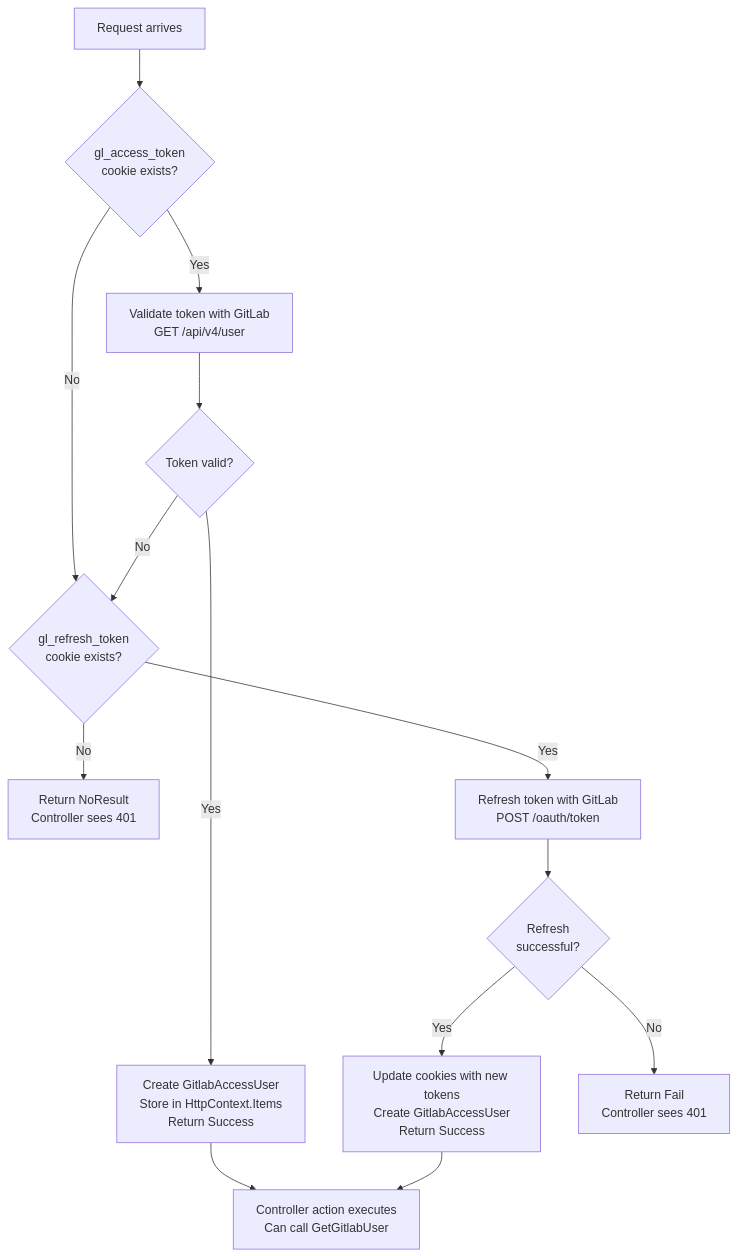
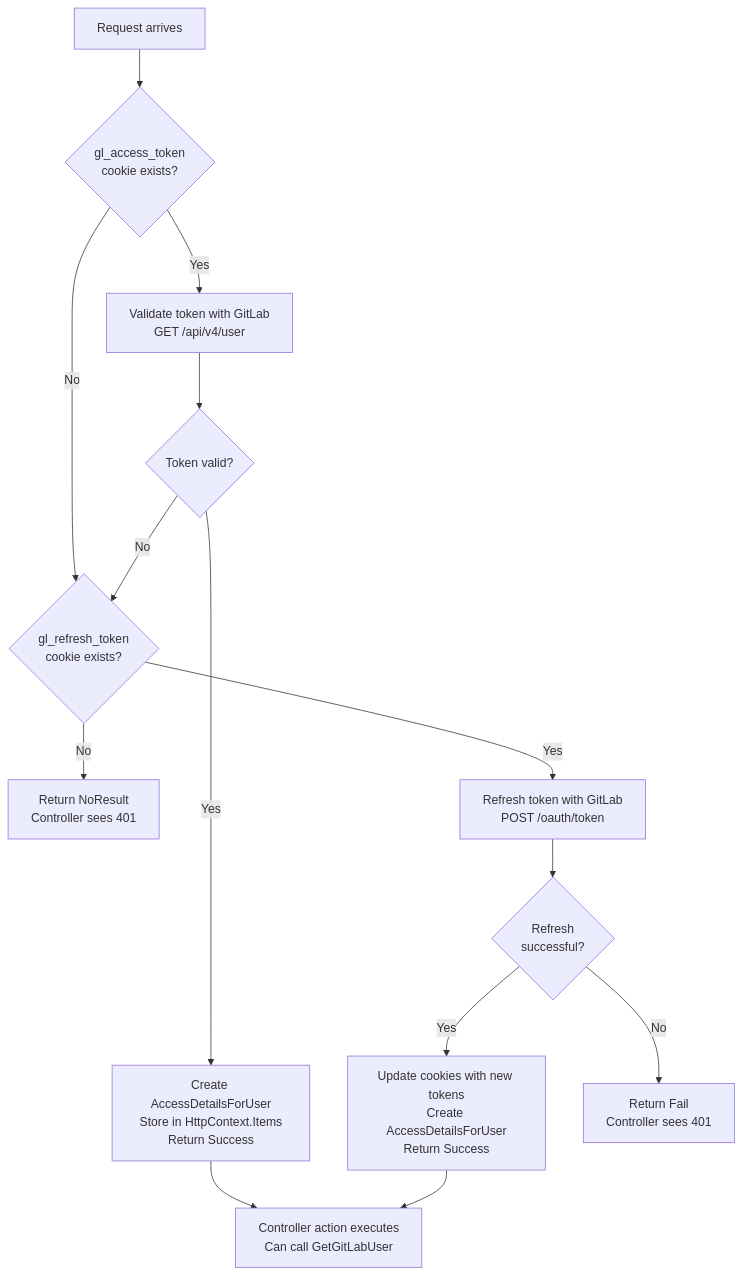
One commit to Falconne/ci-lab changed the second of 2 diagrams in docs/Authentication.md. Above: the diagram before and after it, drawn with Mermaid. The commit also changed other lines of this file and 10 other files, not shown here.

````diff
--- a/docs/Authentication.md
+++ b/docs/Authentication.md
@@ -127,16 +127,16 @@
 ```mermaid
 flowchart TD
     A[Request arrives] --> B{gl_access_token<br/>cookie exists?}
     B -->|No| C{gl_refresh_token<br/>cookie exists?}
     B -->|Yes| D[Validate token with GitLab<br/>GET /api/v4/user]
     D --> E{Token valid?}
-    E -->|Yes| F[Create GitlabAccessUser<br/>Store in HttpContext.Items<br/>Return Success]
+    E -->|Yes| F[Create AccessDetailsForUser<br/>Store in HttpContext.Items<br/>Return Success]
     E -->|No| C
     C -->|No| G[Return NoResult<br/>Controller sees 401]
     C -->|Yes| H[Refresh token with GitLab<br/>POST /oauth/token]
     H --> I{Refresh<br/>successful?}
-    I -->|Yes| J[Update cookies with new tokens<br/>Create GitlabAccessUser<br/>Return Success]
+    I -->|Yes| J[Update cookies with new tokens<br/>Create AccessDetailsForUser<br/>Return Success]
     I -->|No| K[Return Fail<br/>Controller sees 401]
-    F --> L[Controller action executes<br/>Can call GetGitlabUser]
+    F --> L[Controller action executes<br/>Can call GetGitLabUser]
     J --> L
 ```
````
